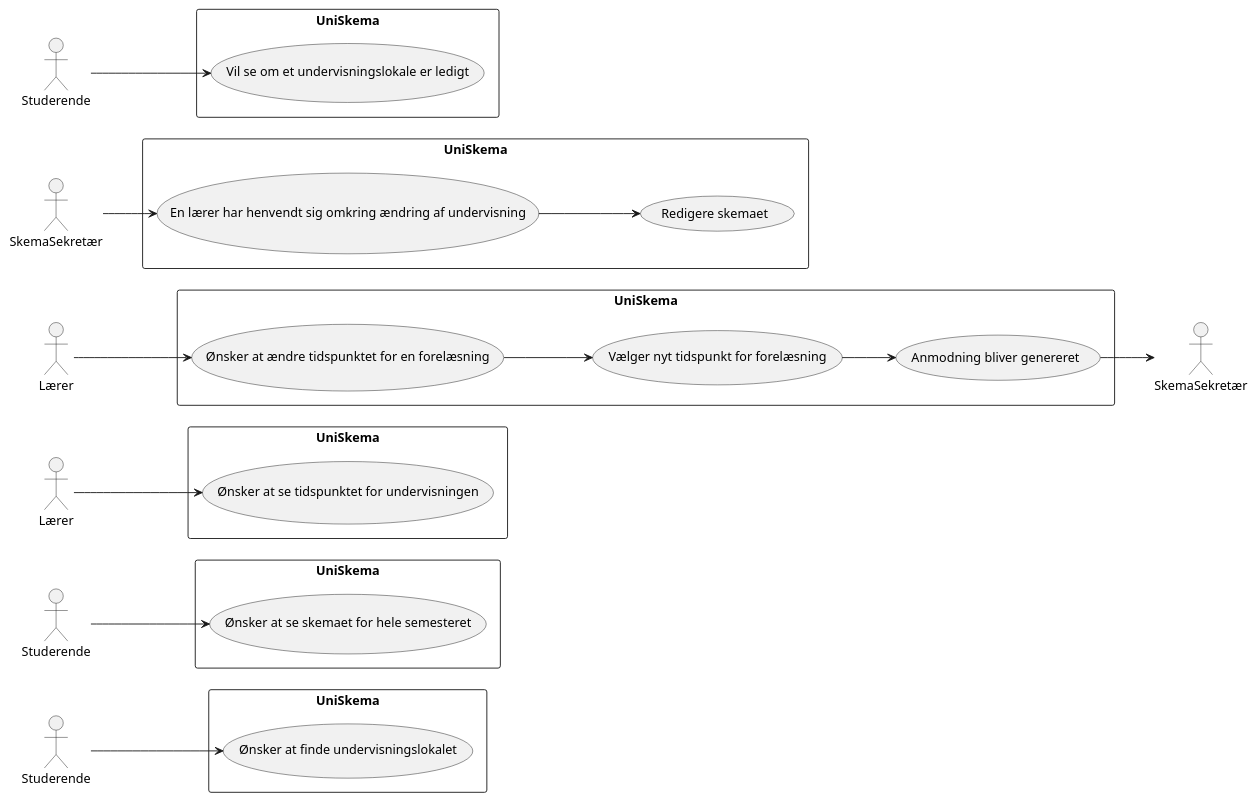
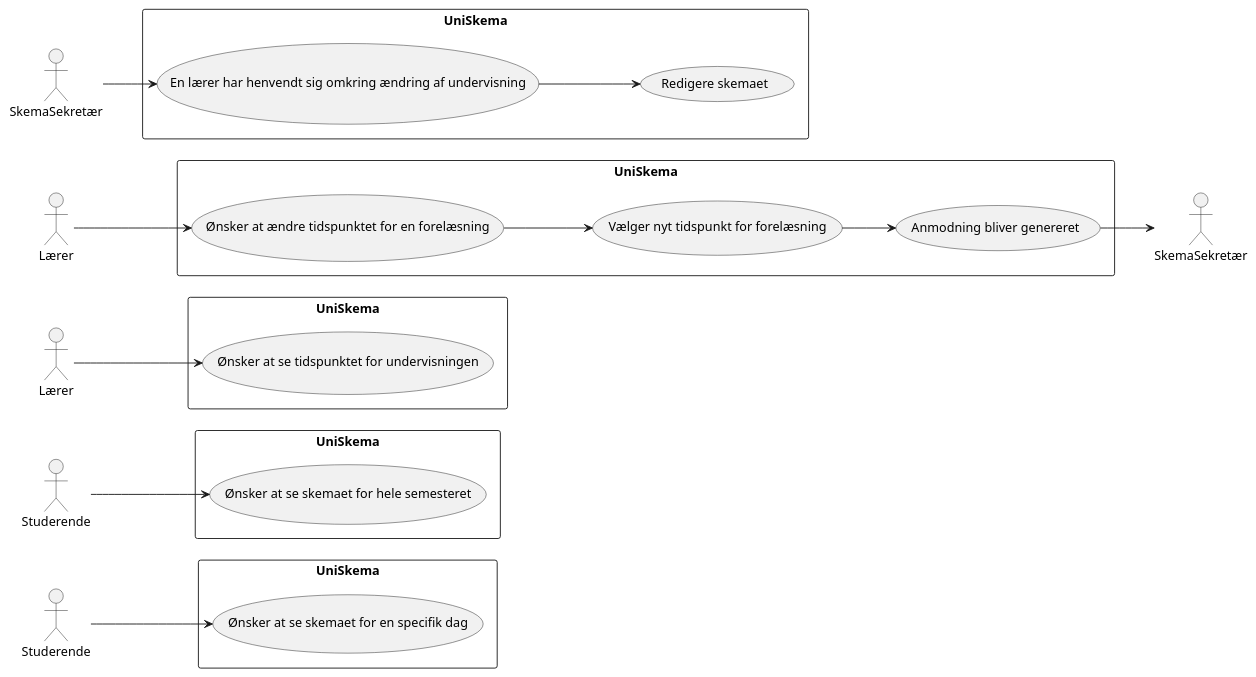
One commit to MadsSchroder/Systemudvikling-Eksamen-KU changed the diagram in Diagrams/Opgave7.puml. Above: the diagram before and after it, drawn with PlantUML. The commit also changed 5 other files, not shown here.

```diff
--- a/Diagrams/Opgave7.puml
+++ b/Diagrams/Opgave7.puml
@@ -1,35 +1,30 @@
 @startuml
 left to right direction
 :Studerende:
 rectangle "UniSkema"  {
-Studerende --> (Ønsker at finde undervisningslokalet)
+Studerende --> (Ønsker at se skemaet for en specifik dag)
 }
 actor Studerende as Studerende2 
 rectangle "UniSkema" as "UniSkema5" {
 Studerende2 --> (Ønsker at se skemaet for hele semesteret)
 }
 
 :Lærer:
 rectangle "UniSkema" as "UniSkema2" {
 Lærer --> (Ønsker at se tidspunktet for undervisningen)
 }
 
 actor Lærer as Lærer2
 rectangle "UniSkema" as "UniSkema4"  {
 Lærer2 --> (Ønsker at ændre tidspunktet for en forelæsning)
 (Ønsker at ændre tidspunktet for en forelæsning) --> (Vælger nyt tidspunkt for forelæsning)
 (Vælger nyt tidspunkt for forelæsning) --> (Anmodning bliver genereret)
 }
 (Anmodning bliver genereret) --> :SkemaSekretær:
 
 actor SkemaSekretær as SkemaSekretær2
 rectangle "UniSkema" as "UniSkema3"  {
 SkemaSekretær2 --> (En lærer har henvendt sig omkring ændring af undervisning)
 (En lærer har henvendt sig omkring ændring af undervisning) --> (Redigere skemaet)
 }
-
-actor Studerende as Studerende3
-rectangle "UniSkema" as "UniSkema6"  {
-Studerende3 --> (Vil se om et undervisningslokale er ledigt)
-}
 @enduml
```
